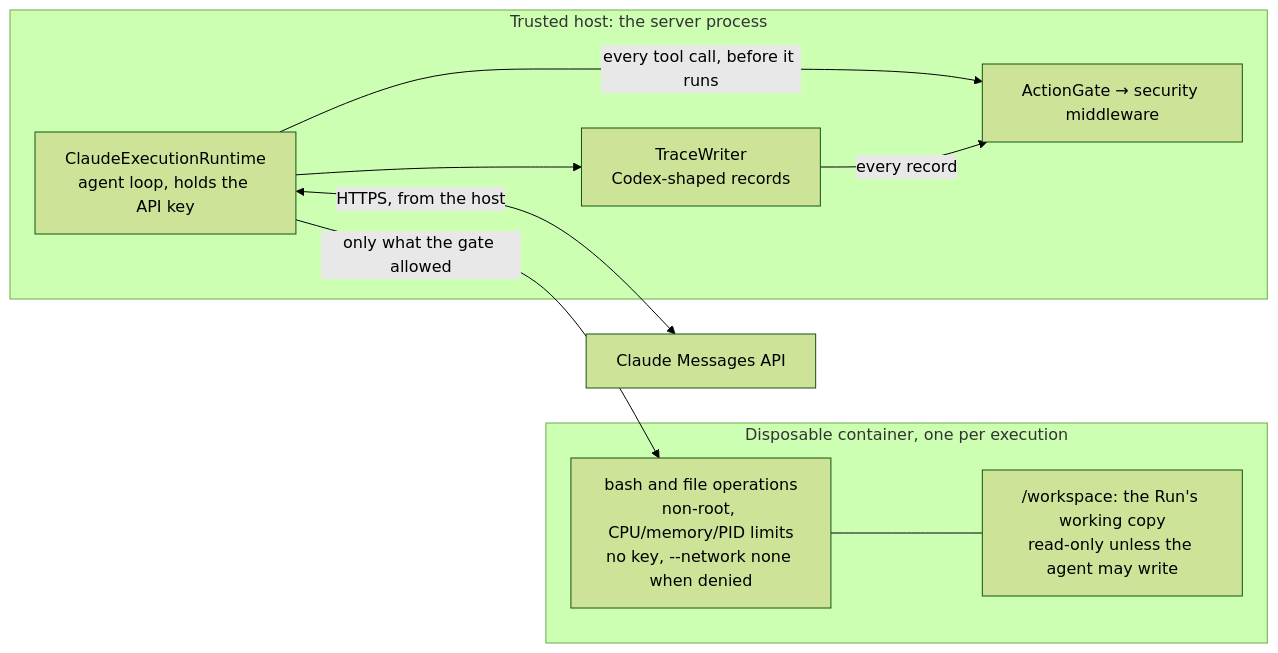
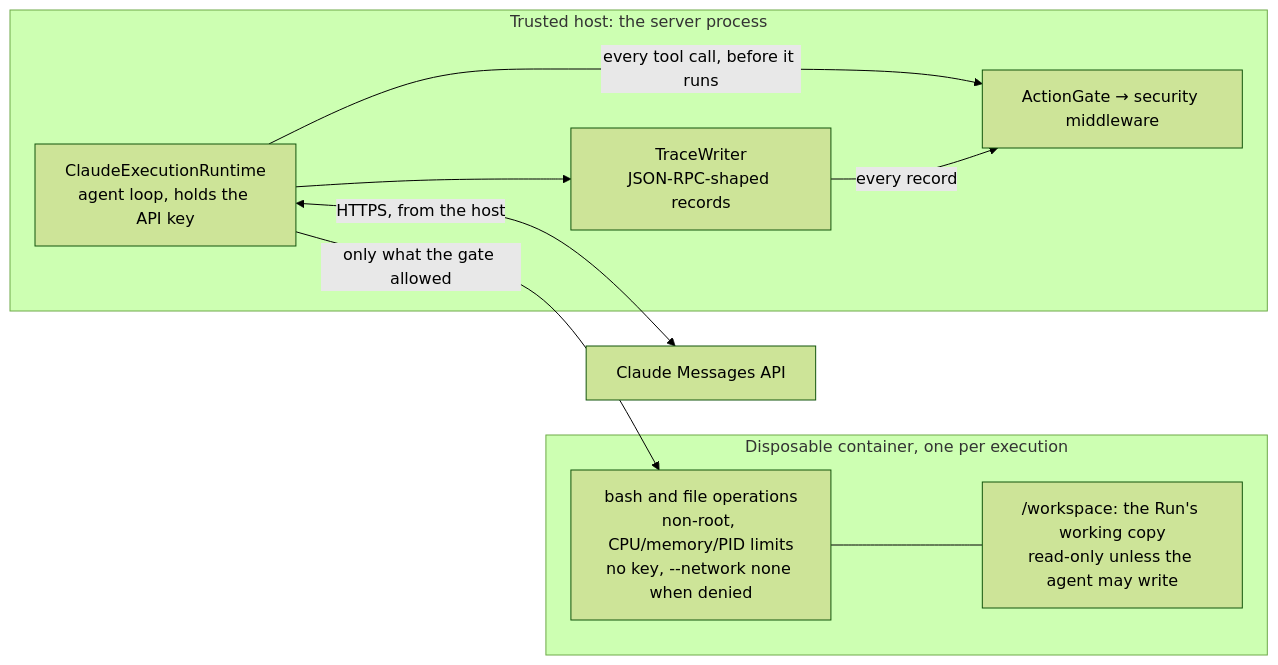
Before and after one commit to Full-Stack-Project-Fast-Tix/agent-middleware: the third of 3 diagrams in docs/ARCHITECTURE.md, drawn with Mermaid (forest theme). The commit also changed other lines of this file and 155 other files, not shown here.

````diff
--- a/docs/ARCHITECTURE.md
+++ b/docs/ARCHITECTURE.md
@@ -300,19 +220,19 @@
 ```mermaid
 flowchart LR
     subgraph Host["Trusted host: the server process"]
       Loop["ClaudeExecutionRuntime<br/>agent loop, holds the API key"]
       Gate["ActionGate → security middleware"]
-      Trace["TraceWriter<br/>Codex-shaped records"]
+      Trace["TraceWriter<br/>JSON-RPC-shaped records"]
     end
     Model["Claude Messages API"]
     subgraph Box["Disposable container, one per execution"]
       Tools["bash and file operations<br/>non-root, CPU/memory/PID limits<br/>no key, --network none when denied"]
       WC["/workspace: the Run's working copy<br/>read-only unless the agent may write"]
     end
     Loop <-->|"HTTPS, from the host"| Model
     Loop -->|"every tool call, before it runs"| Gate
     Loop --> Trace
     Trace -->|"every record"| Gate
     Loop -->|"only what the gate allowed"| Tools
     Tools --- WC
 ```
````
